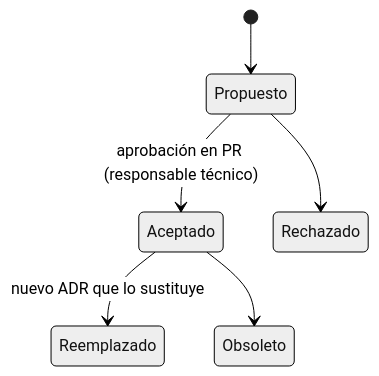
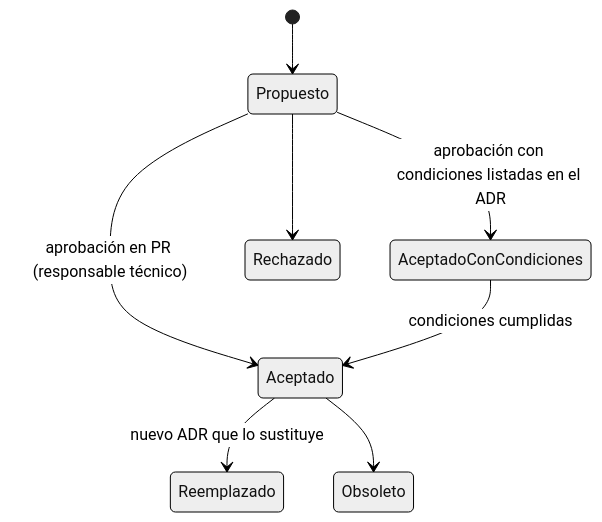
One commit to aguila486/kuota-platform changed the diagram in docs/decisions/README.md. Above: the diagram before and after it, drawn with Mermaid (neutral theme). The commit also changed other lines of this file and 9 other files, not shown here.

First line of the commit message:
docs(adr): record architecture decisions and add ADR-0007 money representation

````diff
--- a/docs/decisions/README.md
+++ b/docs/decisions/README.md
@@ -21,8 +22,10 @@
 ```mermaid
 stateDiagram-v2
     [*] --> Propuesto
     Propuesto --> Aceptado: aprobación en PR (responsable técnico)
+    Propuesto --> AceptadoConCondiciones: aprobación con condiciones listadas en el ADR
+    AceptadoConCondiciones --> Aceptado: condiciones cumplidas
     Propuesto --> Rechazado
     Aceptado --> Reemplazado: nuevo ADR que lo sustituye
     Aceptado --> Obsoleto
 ```
````
